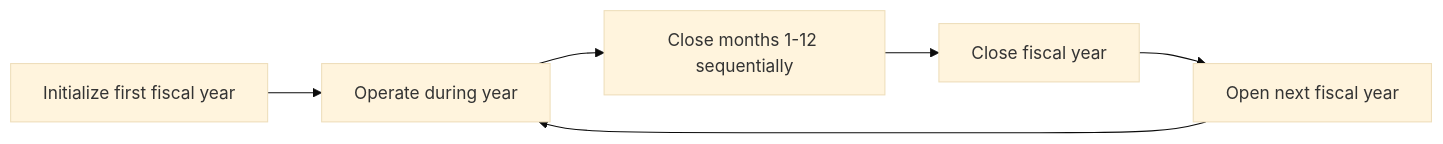
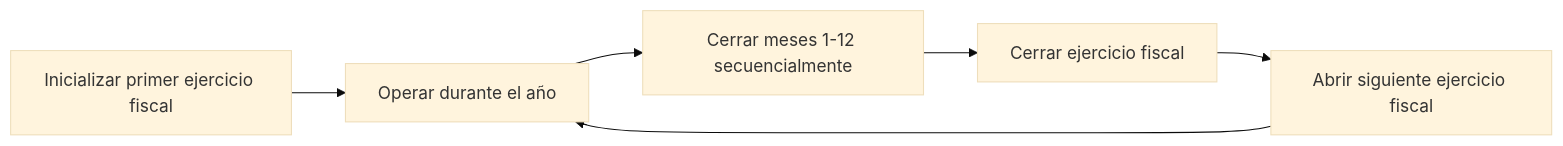
One commit to GaloyMoney/lana-bank changed the diagram in docs-site/i18n/es/docusaurus-plugin-content-docs/current/technical-documentation/accounting/fiscal-year.md. Above: the diagram before and after it, drawn with Mermaid (base theme). The commit also changed other lines of this file and 29 other files, not shown here.

````diff
--- a/docs-site/i18n/es/docusaurus-plugin-content-docs/current/technical-documentation/accounting/fiscal-year.md
+++ b/docs-site/i18n/es/docusaurus-plugin-content-docs/current/technical-documentation/accounting/fiscal-year.md
@@ -93,8 +93,8 @@
 ```mermaid
 flowchart LR
-    A[Initialize first fiscal year] --> B[Operate during year]
-    B --> C[Close months 1-12 sequentially]
-    C --> D[Close fiscal year]
-    D --> E[Open next fiscal year]
+    A[Inicializar primer ejercicio fiscal] --> B[Operar durante el año]
+    B --> C[Cerrar meses 1-12 secuencialmente]
+    C --> D[Cerrar ejercicio fiscal]
+    D --> E[Abrir siguiente ejercicio fiscal]
     E --> B
 ```
````
